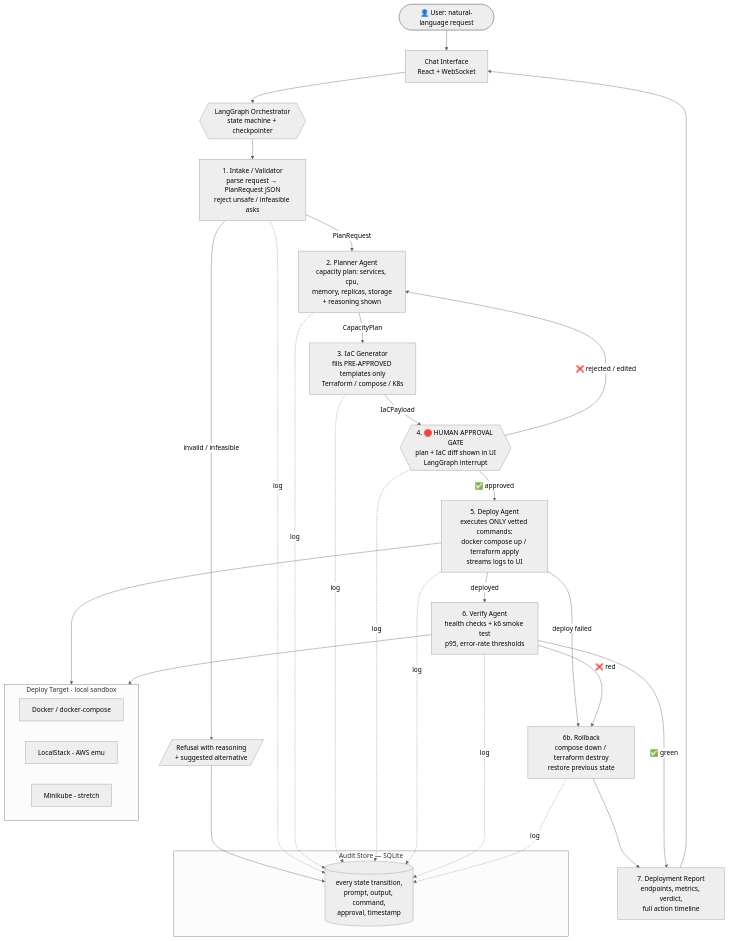
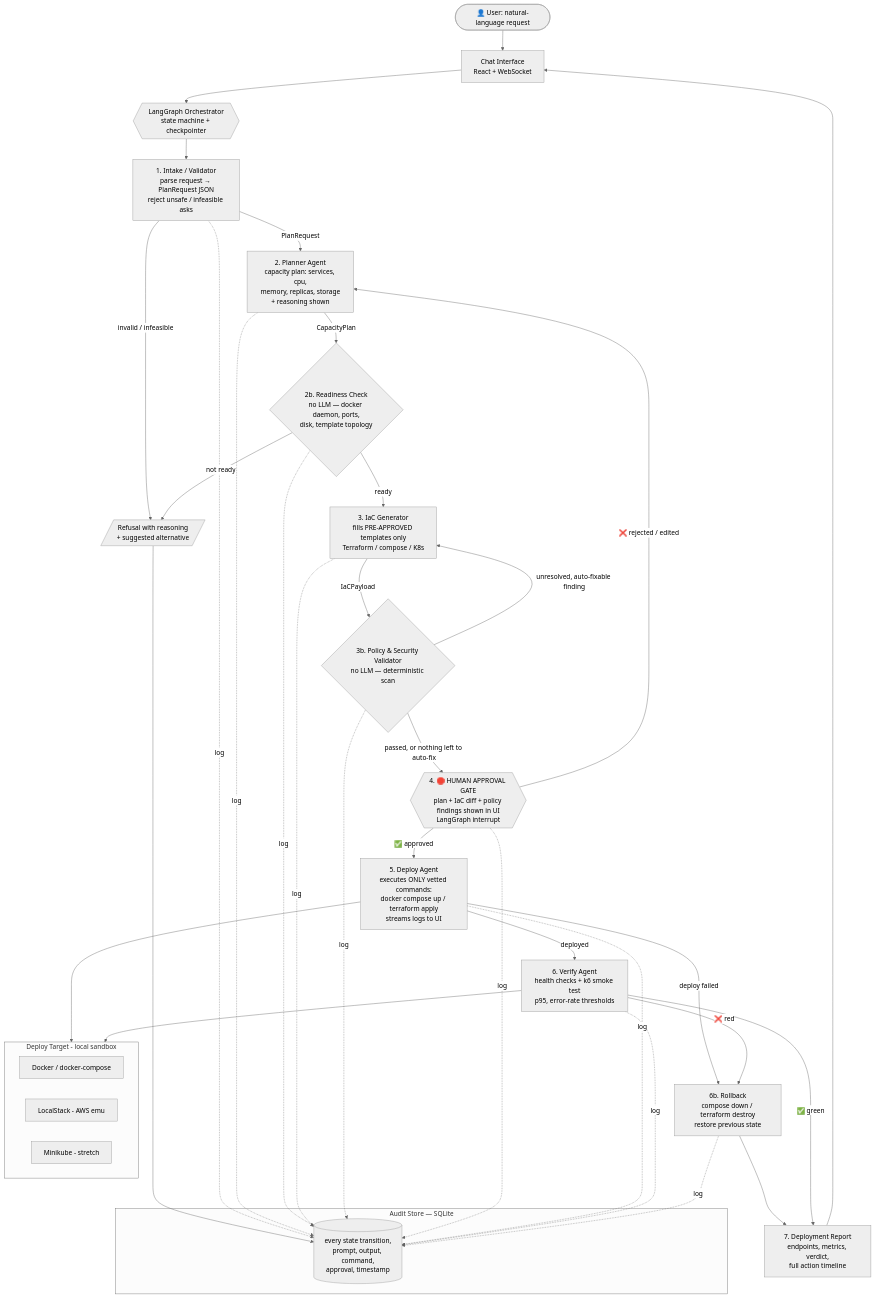
The diagram in agent-md-files/WORKFLOW.md (InfraGenies/OpsMasterAgent), drawn with Mermaid (neutral theme) before and after one commit. The commit also changed other lines of this file and 26 other files, not shown here.

First line of the commit message:
Add readiness_check and policy_validator pipeline nodes, use-case docs

````diff
--- a/agent-md-files/WORKFLOW.md
+++ b/agent-md-files/WORKFLOW.md
@@ -9,42 +9,48 @@
 ```mermaid
 flowchart TD
     U([👤 User: natural-language request]) --> UI[Chat Interface\nReact + WebSocket]
     UI --> ORC{{LangGraph Orchestrator\nstate machine + checkpointer}}
 
     ORC --> INT[1. Intake / Validator\nparse request → PlanRequest JSON\nreject unsafe / infeasible asks]
     INT -- invalid / infeasible --> REFUSE[/Refusal with reasoning\n+ suggested alternative/] --> AUD
     INT -- PlanRequest --> PLN[2. Planner Agent\ncapacity plan: services, cpu,\nmemory, replicas, storage\n+ reasoning shown]
-    PLN -- CapacityPlan --> IAC[3. IaC Generator\nfills PRE-APPROVED templates only\nTerraform / compose / K8s]
-    IAC -- IaCPayload --> GATE{{4. 🛑 HUMAN APPROVAL GATE\nplan + IaC diff shown in UI\nLangGraph interrupt}}
+    PLN -- CapacityPlan --> RDY{2b. Readiness Check\nno LLM — docker daemon, ports,\ndisk, template topology}
+    RDY -- not ready --> REFUSE
+    RDY -- ready --> IAC[3. IaC Generator\nfills PRE-APPROVED templates only\nTerraform / compose / K8s]
+    IAC -- IaCPayload --> POL{3b. Policy & Security Validator\nno LLM — deterministic scan}
+    POL -- unresolved, auto-fixable finding --> IAC
+    POL -- passed, or nothing left to auto-fix --> GATE{{4. 🛑 HUMAN APPROVAL GATE\nplan + IaC diff + policy findings shown in UI\nLangGraph interrupt}}
 
     GATE -- ❌ rejected / edited --> PLN
     GATE -- ✅ approved --> DEP[5. Deploy Agent\nexecutes ONLY vetted commands:\ndocker compose up / terraform apply\nstreams logs to UI]
 
     DEP -- deploy failed --> RB[6b. Rollback\ncompose down / terraform destroy\nrestore previous state]
     DEP -- deployed --> VER[6. Verify Agent\nhealth checks + k6 smoke test\np95, error-rate thresholds]
 
     VER -- ❌ red --> RB
     RB --> RPT
     VER -- ✅ green --> RPT[7. Deployment Report\nendpoints, metrics, verdict,\nfull action timeline]
     RPT --> UI
 
     subgraph AUDIT[Audit Store — SQLite]
         AUD[(every state transition,\nprompt, output, command,\napproval, timestamp)]
     end
 
     INT -.log.-> AUD
     PLN -.log.-> AUD
+    RDY -.log.-> AUD
     IAC -.log.-> AUD
+    POL -.log.-> AUD
     GATE -.log.-> AUD
     DEP -.log.-> AUD
     VER -.log.-> AUD
     RB  -.log.-> AUD
 
     subgraph TARGET[Deploy Target - local sandbox]
         T1[Docker / docker-compose]
         T2[LocalStack - AWS emu]
         T3[Minikube - stretch]
     end
     DEP --> TARGET
     VER --> TARGET
 ```
````
